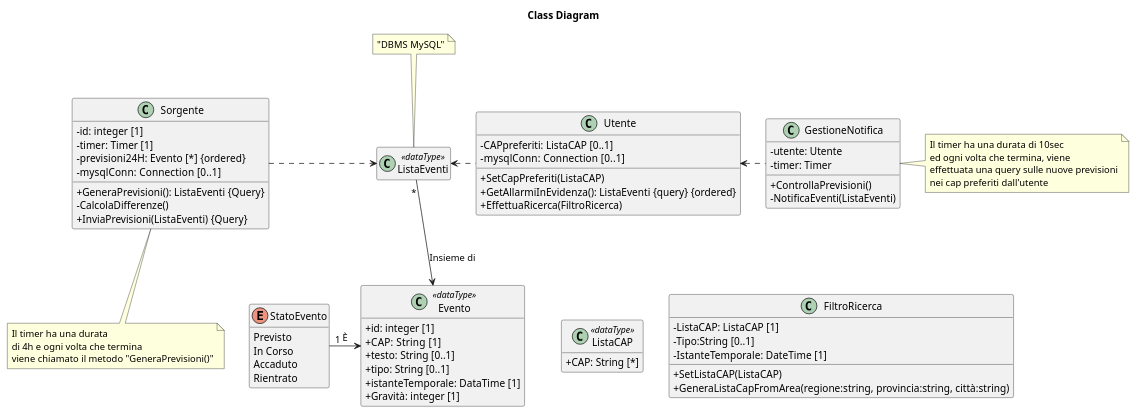
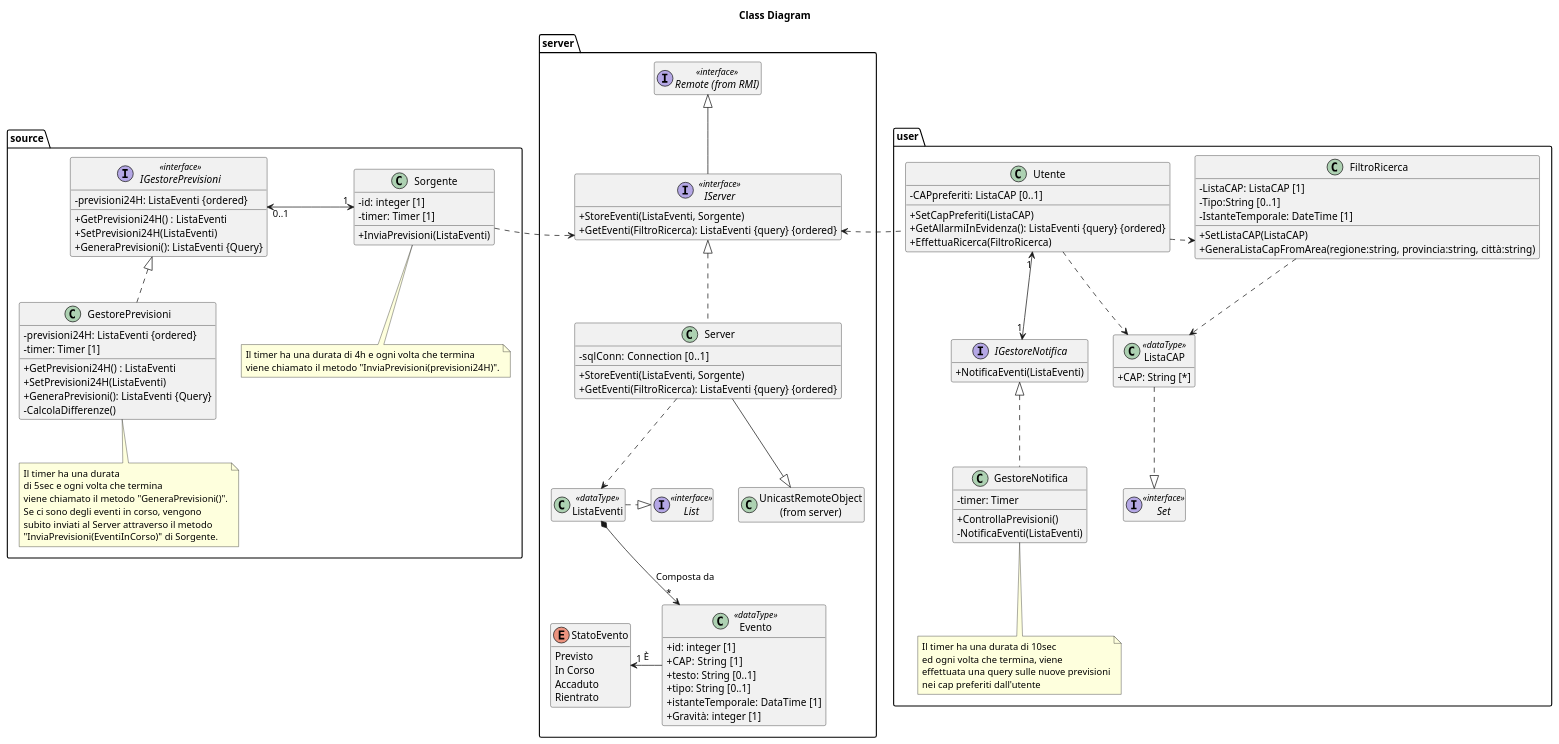
One commit to xFA25E/sweng_14_2019 changed the diagram in docs/diagrams/class.puml. Above: the diagram before and after it, drawn with PlantUML.

Commit message:
change related to architecture changing(From 2tiers to 3tiers with RMI) and best abstraction on class.puml

```diff
--- a/docs/diagrams/class.puml
+++ b/docs/diagrams/class.puml
@@ -1,74 +1,127 @@
 @startuml
 title Class Diagram
+package source {
+    interface IGestorePrevisioni<<interface>> {
+        - previsioni24H: ListaEventi {ordered}
+        + GetPrevisioni24H() : ListaEventi
+        + SetPrevisioni24H(ListaEventi)
+        + GeneraPrevisioni(): ListaEventi {Query}
+    }
 
-class Sorgente {
-    - id: integer [1]
-    - timer: Timer [1]
-    - previsioni24H: Evento [*] {ordered}
-    - mysqlConn: Connection  [0..1]
-    + GeneraPrevisioni(): ListaEventi {Query}
-    - CalcolaDifferenze()
-    + InviaPrevisioni(ListaEventi) {Query}
-}
-note bottom of Sorgente: Il timer ha una durata\ndi 4h e ogni volta che termina\nviene chiamato il metodo "GeneraPrevisioni()"
+    class GestorePrevisioni {
+        - previsioni24H: ListaEventi {ordered}
+        - timer: Timer [1]
+        + GetPrevisioni24H() : ListaEventi
+        + SetPrevisioni24H(ListaEventi)
+        + GeneraPrevisioni(): ListaEventi {Query}
+        - CalcolaDifferenze()
+    }
 
-class Evento<<dataType>> {
-    + id: integer [1]
-    + CAP: String  [1]
-    + testo: String [0..1]
-    + tipo: String [0..1]
-    + istanteTemporale: DataTime [1]
-    + Gravità: integer [1]
+    class Sorgente {
+        - id: integer [1]
+        - timer: Timer [1]
+        + InviaPrevisioni(ListaEventi)
+    }
+    note bottom of Sorgente: Il timer ha una durata di 4h e ogni volta che termina\nviene chiamato il metodo "InviaPrevisioni(previsioni24H)".
+    note bottom of GestorePrevisioni: Il timer ha una durata\ndi 5sec e ogni volta che termina\nviene chiamato il metodo "GeneraPrevisioni()".\nSe ci sono degli eventi in corso, vengono\nsubito inviati al Server attraverso il metodo\n"InviaPrevisioni(EventiInCorso)" di Sorgente.
+
+    IGestorePrevisioni "0..1" <-> "1" Sorgente : \t\t\t
+    IGestorePrevisioni <|.. GestorePrevisioni
 }
 
-enum StatoEvento {
-    Previsto
-    In Corso
-    Accaduto
-    Rientrato
+package server{
+    interface "Remote (from RMI)" as Remote <<interface>>
+
+    interface IServer<<interface>> {
+        + StoreEventi(ListaEventi, Sorgente)
+        + GetEventi(FiltroRicerca): ListaEventi {query} {ordered}
+    }
+
+    class Server {
+        - sqlConn: Connection  [0..1]
+        + StoreEventi(ListaEventi, Sorgente)
+        + GetEventi(FiltroRicerca): ListaEventi {query} {ordered}
+    }
+
+    class "UnicastRemoteObject\n(from server)" as UnicastRemoteObject
+
+    class ListaEventi <<dataType>>
+
+    interface List<<interface>>
+
+    class Evento<<dataType>> {
+        + id: integer [1]
+        + CAP: String  [1]
+        + testo: String [0..1]
+        + tipo: String [0..1]
+        + istanteTemporale: DataTime [1]
+        + Gravità: integer [1]
+    }
+
+    enum StatoEvento {
+        Previsto
+        In Corso
+        Accaduto
+        Rientrato
+    }
+
+    Remote <|-- IServer
+    IServer <|.. Server
+    Server --|> UnicastRemoteObject
+    Server ..> ListaEventi
+    ListaEventi .|> List
+    ListaEventi *--> " * " Evento: Composta da
+    StatoEvento "1 " <- Evento: È
 }
 
-class ListaEventi <<dataType>>
-note top of ListaEventi:"DBMS MySQL"
+Sorgente .> IServer
 
-ListaEventi "*" --> Evento: Insieme di
-StatoEvento "1 " -> Evento: È
-Sorgente .> ListaEventi
+package user {
+    class Utente {
+        - CAPpreferiti: ListaCAP [0..1]
+        + SetCapPreferiti(ListaCAP)
+        + GetAllarmiInEvidenza(): ListaEventi {query} {ordered}
+        + EffettuaRicerca(FiltroRicerca)
+    }
 
-class Utente {
-    - CAPpreferiti: ListaCAP [0..1]
-    - mysqlConn: Connection  [0..1]
-    + SetCapPreferiti(ListaCAP)
-    + GetAllarmiInEvidenza(): ListaEventi {query} {ordered}
-    + EffettuaRicerca(FiltroRicerca)
-}
-ListaEventi <. Utente
+    class ListaCAP <<dataType>> {
+        + CAP: String [*]
+    }
 
-class ListaCAP <<dataType>> {
-    + CAP: String [*]
+    interface Set<<interface>>
+
+    class FiltroRicerca {
+        - ListaCAP: ListaCAP [1]
+        - Tipo:String [0..1]
+        - IstanteTemporale: DateTime [1]
+        + SetListaCAP(ListaCAP)
+        + GeneraListaCapFromArea(regione:string, provincia:string, città:string)
+    }
+
+    interface IGestoreNotifica {
+        + NotificaEventi(ListaEventi)
+    }
+
+    class GestoreNotifica {
+        - timer: Timer
+        + ControllaPrevisioni()
+        - NotificaEventi(ListaEventi)
+    }
+    note bottom of GestoreNotifica: Il timer ha una durata di 10sec\ned ogni volta che termina, viene\neffettuata una query sulle nuove previsioni\nnei cap preferiti dall'utente
+
+    Utente "1" <--> "1" IGestoreNotifica
+    IGestoreNotifica <|.. GestoreNotifica
+    Utente .> ListaCAP
+    Utente .> FiltroRicerca
+    FiltroRicerca ..> ListaCAP
+    ListaCAP ..|> Set
 }
 
-class FiltroRicerca {
-    - ListaCAP: ListaCAP [1]
-    - Tipo:String [0..1]
-    - IstanteTemporale: DateTime [1]
-    + SetListaCAP(ListaCAP)
-    + GeneraListaCapFromArea(regione:string, provincia:string, città:string)
-}
-
-class GestioneNotifica {
-    - utente: Utente
-    - timer: Timer
-    + ControllaPrevisioni()
-    - NotificaEventi(ListaEventi)
-}
-note right of GestioneNotifica: Il timer ha una durata di 10sec\ned ogni volta che termina, viene\neffettuata una query sulle nuove previsioni\nnei cap preferiti dall'utente
-
-Utente <. GestioneNotifica
+IServer <. Utente
 
 'Layout only
 hide empty members
 skinparam classAttributeIconSize 0
 Utente --[hidden]> ListaCAP
 Utente --[hidden]> FiltroRicerca
 @enduml
```
